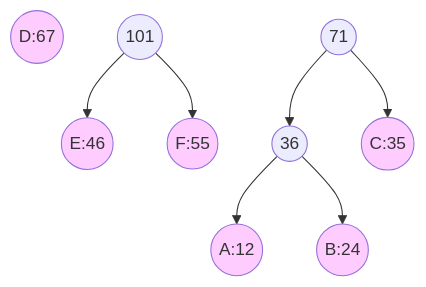
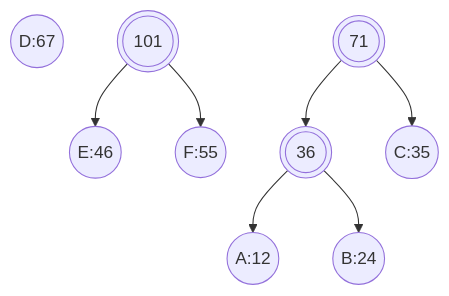
The fourth of 7 diagrams in _posts/DataStructure/Tree/BinaryTree/2020-01-16-哈夫曼树.md (dmjcb/dmjcb.github.io), drawn with Mermaid before and after one commit. The commit also changed other lines of this file and 78 other files, not shown here.

Commit message:
更新git部分图片;添加工作台图片

````diff
--- a/_posts/DataStructure/Tree/BinaryTree/2020-01-16-哈夫曼树.md
+++ b/_posts/DataStructure/Tree/BinaryTree/2020-01-16-哈夫曼树.md
@@ -69,21 +63,19 @@
 ```mermaid
 graph TB
-    C((C:35)):::Style
-    D((D:67)):::Style
-    E((E:46)):::Style
-    F((F:55)):::Style
+    C((C:35))
+    D((D:67))
+    E((E:46))
+    F((F:55))
 
-    Z((101))
+    Z(((101)))
     Z --> E
     Z --> F
 
-    Y((71))
-    X((36)) 
+    Y(((71)))
+    X(((36))) 
 
     Y --> X
-    Y --> C((C:35)):::Style
-    X --> A((A:12)):::Style
-    X --> B((B:24)):::Style
-    
-    classDef Style fill:#FFCCFF
+    Y --> C((C:35))
+    X --> A((A:12))
+    X --> B((B:24))
 ```
````
